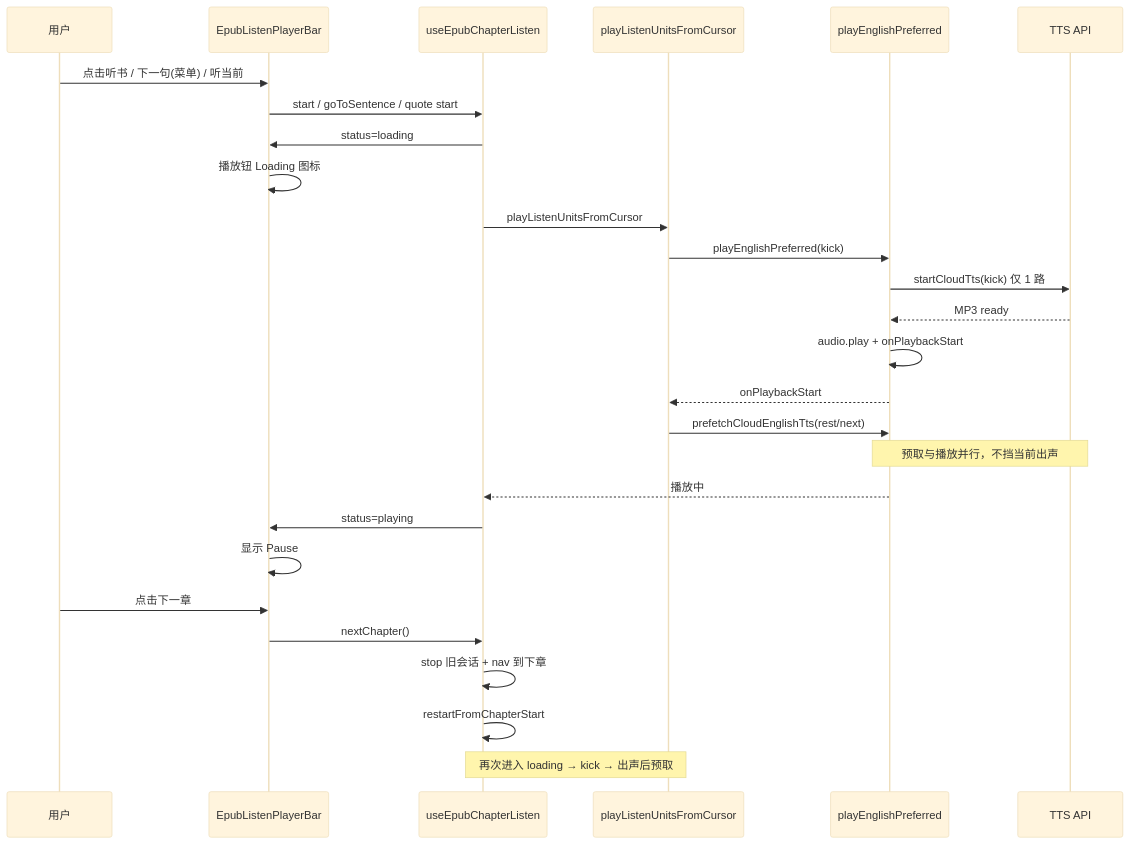
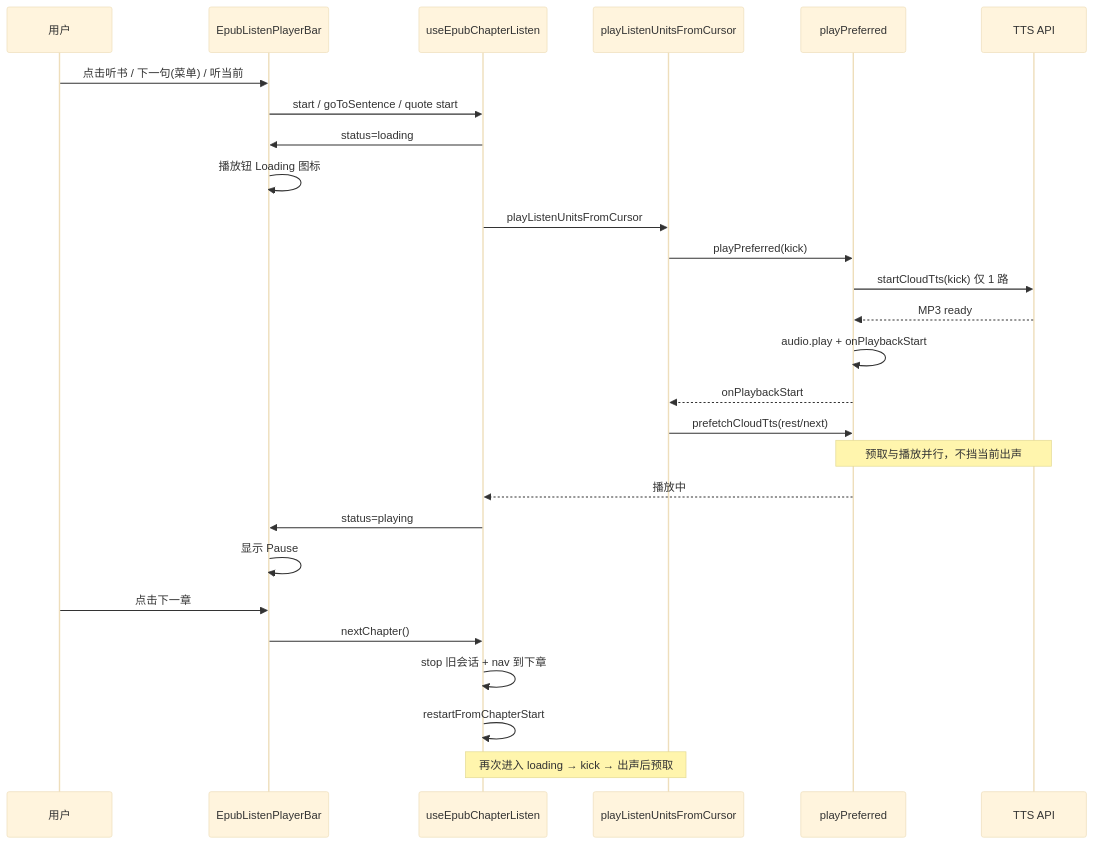
Before and after one commit to dnhyxc/dnhyxc-ai: the third of 4 diagrams in docs/ideas/epub-listen-playback-optimize.md, drawn with Mermaid (base theme). The commit also changed other lines of this file and 111 other files, not shown here.

````diff
--- a/docs/ideas/epub-listen-playback-optimize.md
+++ b/docs/ideas/epub-listen-playback-optimize.md
@@ -210,31 +210,31 @@
 ```mermaid
 sequenceDiagram
   participant U as 用户
   participant Bar as EpubListenPlayerBar
   participant Hook as useEpubChapterListen
   participant Units as playListenUnitsFromCursor
-  participant Tts as playEnglishPreferred
+  participant Tts as playPreferred
   participant API as TTS API
 
   U->>Bar: 点击听书 / 下一句(菜单) / 听当前
   Bar->>Hook: start / goToSentence / quote start
   Hook->>Bar: status=loading
   Bar->>Bar: 播放钮 Loading 图标
   Hook->>Units: playListenUnitsFromCursor
-  Units->>Tts: playEnglishPreferred(kick)
+  Units->>Tts: playPreferred(kick)
   Tts->>API: startCloudTts(kick) 仅 1 路
   API-->>Tts: MP3 ready
   Tts->>Tts: audio.play + onPlaybackStart
   Tts-->>Units: onPlaybackStart
-  Units->>Tts: prefetchCloudEnglishTts(rest/next)
+  Units->>Tts: prefetchCloudTts(rest/next)
   Note over Tts,API: 预取与播放并行，不挡当前出声
   Tts-->>Hook: 播放中
   Hook->>Bar: status=playing
   Bar->>Bar: 显示 Pause
 
   U->>Bar: 点击下一章
   Bar->>Hook: nextChapter()
   Hook->>Hook: stop 旧会话 + nav 到下章
   Hook->>Hook: restartFromChapterStart
   Note over Hook,Units: 再次进入 loading → kick → 出声后预取
 ```
````
